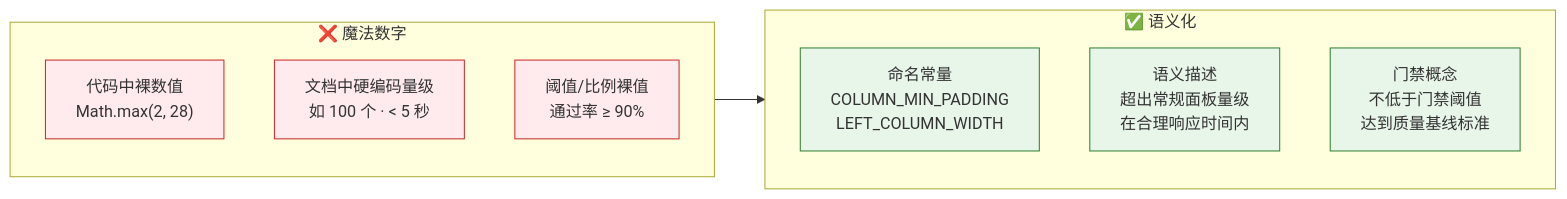
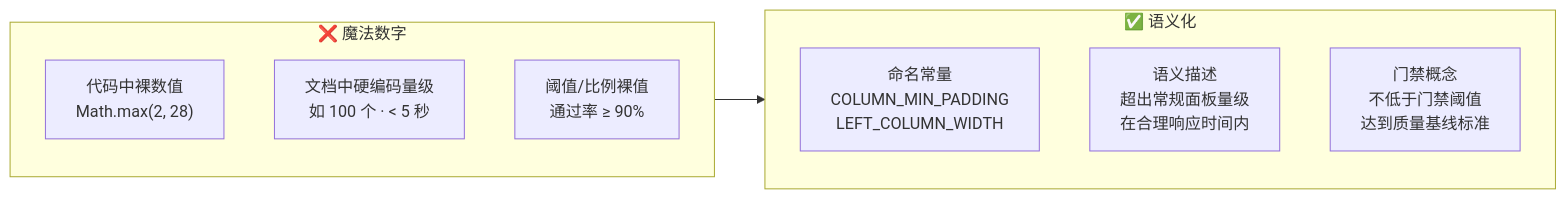
One commit to effiy/YrY changed the seventh of 11 diagrams in rules/doc-generation.md. Above: the diagram before and after it, drawn with Mermaid. The commit also changed other lines of this file and 61 other files, not shown here.

````diff
--- a/rules/doc-generation.md
+++ b/rules/doc-generation.md
@@ -313,17 +297,15 @@
 ```mermaid
 flowchart LR
     subgraph 禁止["❌ 魔法数字"]
         N1["代码中裸数值<br/>Math.max(2, 28)"]:::bad
         N2["文档中硬编码量级<br/>如 100 个 · < 5 秒"]:::bad
         N3["阈值/比例裸值<br/>通过率 ≥ 90%"]:::bad
     end
     subgraph 必须["✅ 语义化"]
         S1["命名常量<br/>COLUMN_MIN_PADDING<br/>LEFT_COLUMN_WIDTH"]:::good
         S2["语义描述<br/>超出常规面板量级<br/>在合理响应时间内"]:::good
         S3["门禁概念<br/>不低于门禁阈值<br/>达到质量基线标准"]:::good
     end
     禁止 --> 必须
 
-    classDef bad fill:#ffebee,stroke:#c62828;
-    classDef good fill:#e8f5e9,stroke:#2e7d32;
 ```
````
